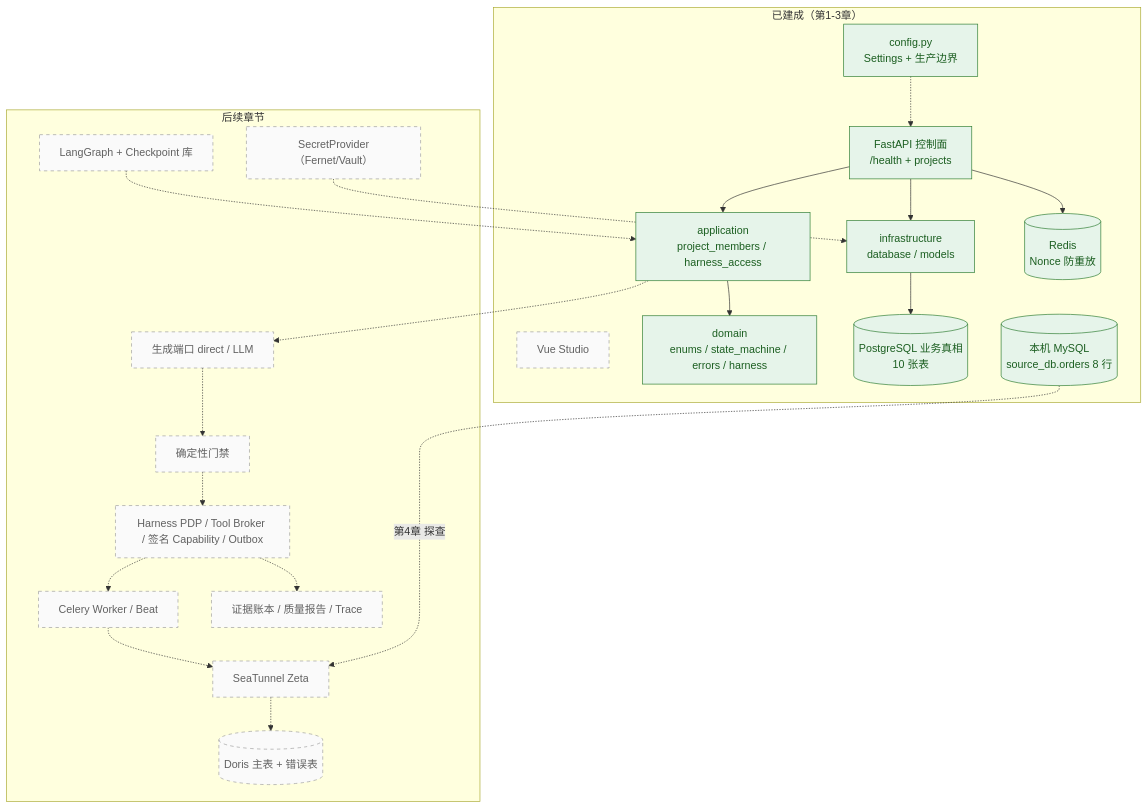
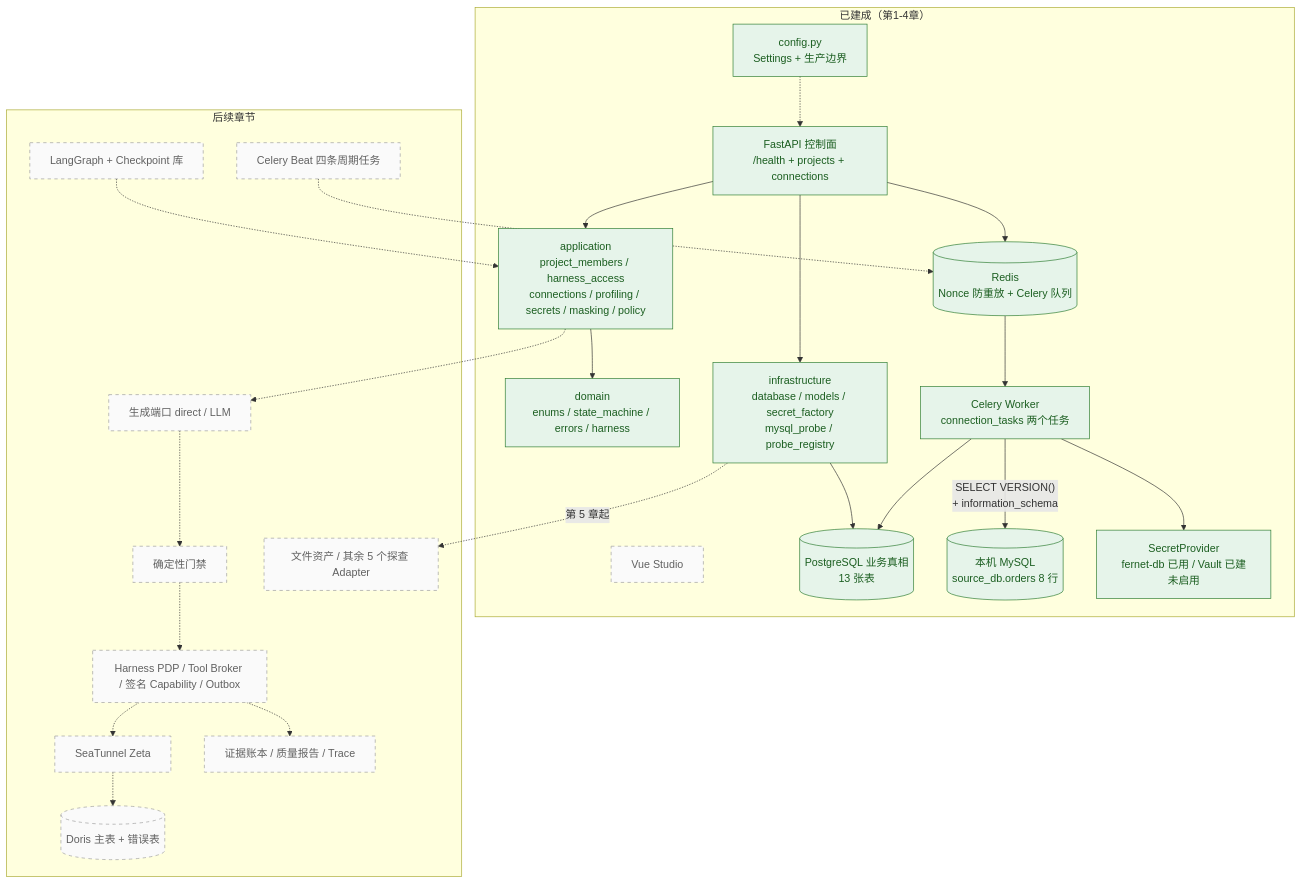
One commit to ciwuzhi1/etl_agent_demo changed the first of 6 diagrams in docs/实现步骤与架构图.md. Above: the diagram before and after it, drawn with Mermaid. The commit also changed other lines of this file and 28 other files, not shown here.

Commit message:
第4章完成：SecretProvider 与 Fernet/Vault 协议上线（收敛 DEV-2），MySQL 探查 Adapter + Celery 任务打通脱敏 Profile，Alembic 0002 零漂移，20 个单测与实机链路及四条失败路径全绿

````diff
--- a/docs/实现步骤与架构图.md
+++ b/docs/实现步骤与架构图.md
@@ -51,39 +66,45 @@
 ```mermaid
 flowchart TB
-    subgraph NOW["已建成（第1-3章）"]
+    subgraph NOW["已建成（第1-4章）"]
         UI["Vue Studio"]:::future
-        API["FastAPI 控制面<br/>/health + projects"]:::now
+        API["FastAPI 控制面<br/>/health + projects + connections"]:::now
         CFG["config.py<br/>Settings + 生产边界"]:::now
         DOM["domain<br/>enums / state_machine / errors / harness"]:::now
-        APP["application<br/>project_members / harness_access"]:::now
-        INF["infrastructure<br/>database / models"]:::now
-        PG[("PostgreSQL 业务真相<br/>10 张表")]:::now
-        REDIS[("Redis<br/>Nonce 防重放")]:::now
+        APP["application<br/>project_members / harness_access<br/>connections / profiling / secrets / masking / policy"]:::now
+        INF["infrastructure<br/>database / models / secret_factory<br/>mysql_probe / probe_registry"]:::now
+        PG[("PostgreSQL 业务真相<br/>13 张表")]:::now
+        REDIS[("Redis<br/>Nonce 防重放 + Celery 队列")]:::now
         MYSQL[("本机 MySQL<br/>source_db.orders 8 行")]:::now
+        WORKER["Celery Worker<br/>connection_tasks 两个任务"]:::now
+        SECRET["SecretProvider<br/>fernet-db 已用 / Vault 已建未启用"]:::now
     end
 
     subgraph TODO["后续章节"]
         GRAPH["LangGraph + Checkpoint 库"]:::future
         GEN["生成端口 direct / LLM"]:::future
         GATE["确定性门禁"]:::future
         HARN["Harness PDP / Tool Broker / 签名 Capability / Outbox"]:::future
-        WORKER["Celery Worker / Beat"]:::future
+        BEAT["Celery Beat 四条周期任务"]:::future
         ZETA["SeaTunnel Zeta"]:::future
         DORIS[("Doris 主表 + 错误表")]:::future
-        SECRET["SecretProvider（Fernet/Vault）"]:::future
+        FILE["文件资产 / 其余 5 个探查 Adapter"]:::future
         EVID["证据账本 / 质量报告 / Trace"]:::future
     end
 
     API --> APP --> DOM
     API --> INF --> PG
     API --> REDIS
     CFG -.-> API
-    MYSQL -.->|"第4章 探查"| ZETA
-    APP -.-> GEN -.-> GATE -.-> HARN -.-> WORKER -.-> ZETA -.-> DORIS
+    WORKER --> SECRET
+    WORKER -->|"SELECT VERSION()<br/>+ information_schema"| MYSQL
+    WORKER --> PG
+    REDIS --> WORKER
+    APP -.-> GEN -.-> GATE -.-> HARN -.-> ZETA -.-> DORIS
     GRAPH -.-> APP
-    SECRET -.-> INF
     HARN -.-> EVID
+    BEAT -.-> REDIS
+    INF -.->|"第 5 章起"| FILE
 
     classDef now fill:#e6f4ea,stroke:#2e7d32,color:#1b5e20;
     classDef future fill:#fafafa,stroke:#9e9e9e,stroke-dasharray:5 5,color:#616161;
 ```
````
